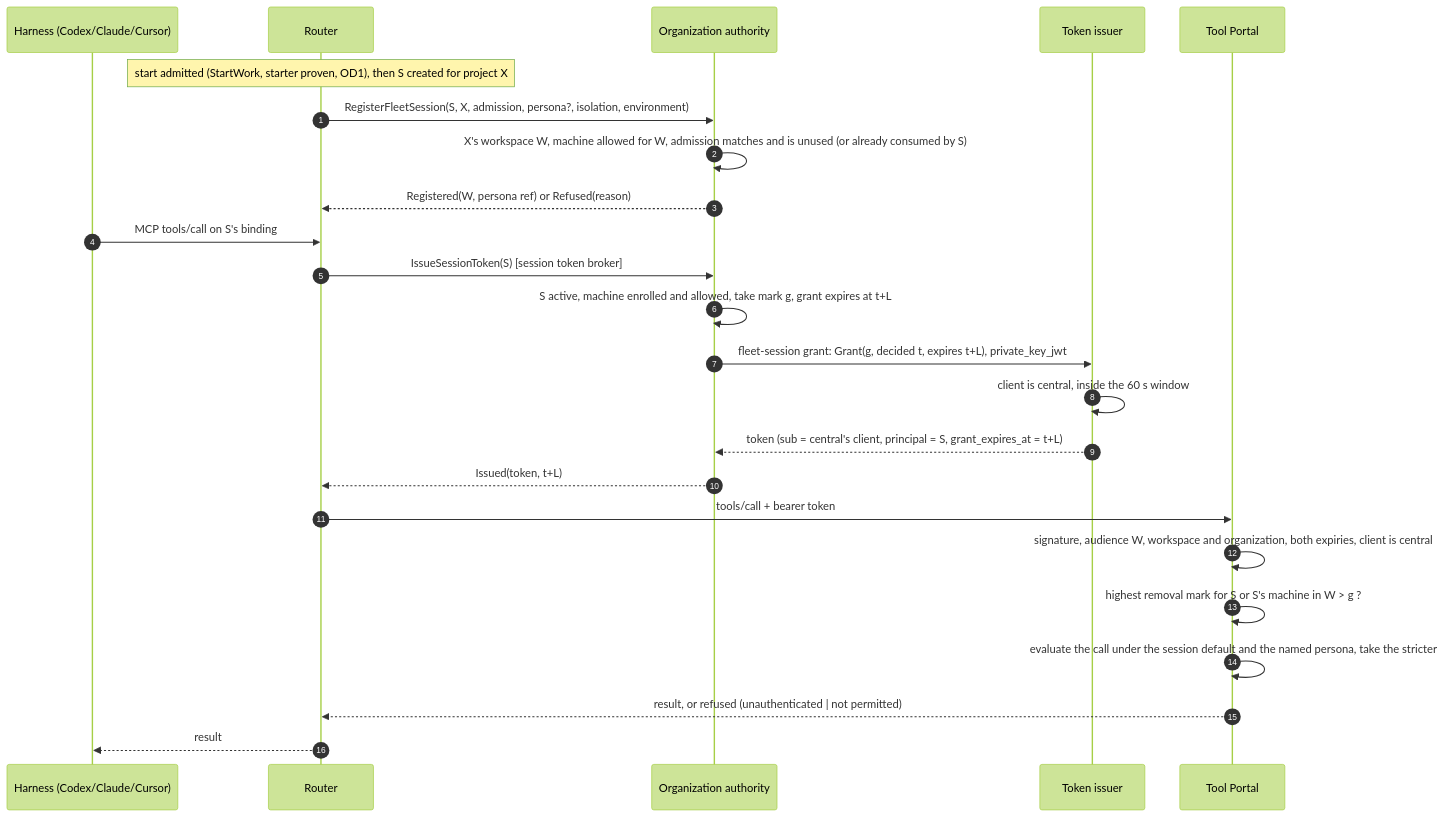
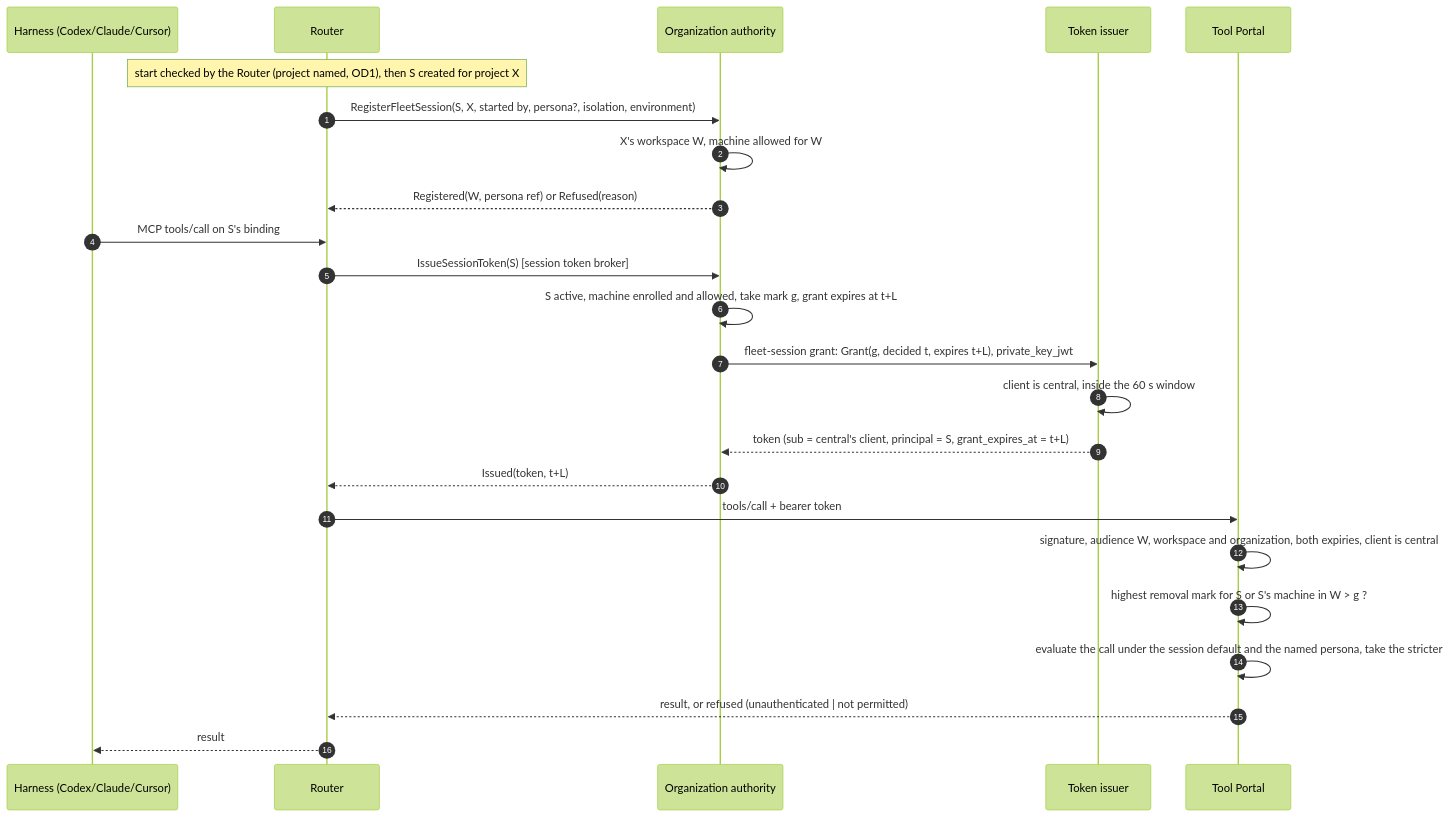
One commit to ShravanSunder/agent-vm changed the third of 7 diagrams in docs/specs/2026-10-24-agent-identity/program-design.md. Above: the diagram before and after it, drawn with Mermaid (forest theme). The commit also changed other lines of this file and 5 other files, not shown here.

````diff
--- a/docs/specs/2026-10-24-agent-identity/program-design.md
+++ b/docs/specs/2026-10-24-agent-identity/program-design.md
@@ -545,26 +527,26 @@
 ```mermaid
 sequenceDiagram
   autonumber
   participant H as Harness (Codex/Claude/Cursor)
   participant R as Router
   participant OA as Organization authority
   participant B as Token issuer
   participant P as Tool Portal
-  Note over R: start admitted (StartWork, starter proven, OD1), then S created for project X
-  R->>OA: RegisterFleetSession(S, X, admission, persona?, isolation, environment)
-  OA->>OA: X's workspace W, machine allowed for W, admission matches and is unused (or already consumed by S)
+  Note over R: start checked by the Router (project named, OD1), then S created for project X
+  R->>OA: RegisterFleetSession(S, X, started by, persona?, isolation, environment)
+  OA->>OA: X's workspace W, machine allowed for W
   OA-->>R: Registered(W, persona ref) or Refused(reason)
   H->>R: MCP tools/call on S's binding
   R->>OA: IssueSessionToken(S)  [session token broker]
   OA->>OA: S active, machine enrolled and allowed, take mark g, grant expires at t+L
   OA->>B: fleet-session grant: Grant(g, decided t, expires t+L), private_key_jwt
   B->>B: client is central, inside the 60 s window
   B-->>OA: token (sub = central's client, principal = S, grant_expires_at = t+L)
   OA-->>R: Issued(token, t+L)
   R->>P: tools/call + bearer token
   P->>P: signature, audience W, workspace and organization, both expiries, client is central
   P->>P: highest removal mark for S or S's machine in W > g ?
   P->>P: evaluate the call under the session default and the named persona, take the stricter
   P-->>R: result, or refused (unauthenticated | not permitted)
   R-->>H: result
 ```
````
